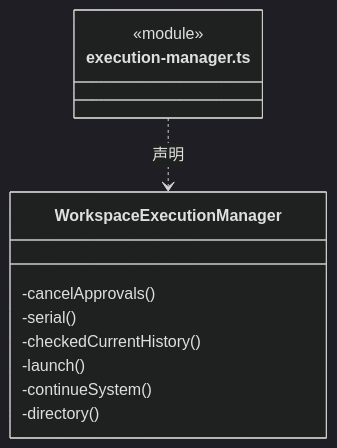
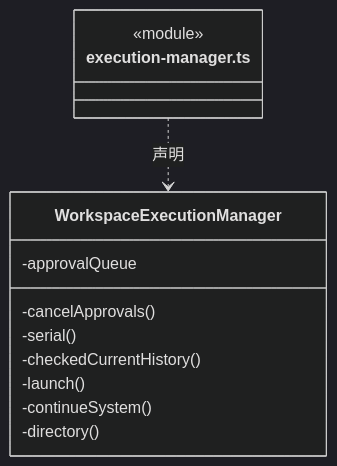
The sixth of 12 diagrams in src/logic/conversation/runtime/ARCHITECTURE.md (nan023062/cbim), drawn with Mermaid (dark theme) before and after one commit. The commit also changed other lines of this file and 139 other files, not shown here.

Commit message:
docs(architecture): add source reading paths and complete file inventories

````diff
--- a/src/logic/conversation/runtime/ARCHITECTURE.md
+++ b/src/logic/conversation/runtime/ARCHITECTURE.md
@@ -201,15 +205,16 @@
 ```mermaid
 classDiagram
 class N_src_logic_conversation_runtime_execution_manager_ts["execution-manager.ts"] {
   <<module>>
 }
 class N_src_logic_conversation_runtime_execution_manager_ts_WorkspaceExecutionManager["WorkspaceExecutionManager"] {
+  -approvalQueue
   -cancelApprovals()
   -serial()
   -checkedCurrentHistory()
   -launch()
   -continueSystem()
   -directory()
 }
 N_src_logic_conversation_runtime_execution_manager_ts ..> N_src_logic_conversation_runtime_execution_manager_ts_WorkspaceExecutionManager : 声明
 ```
````
